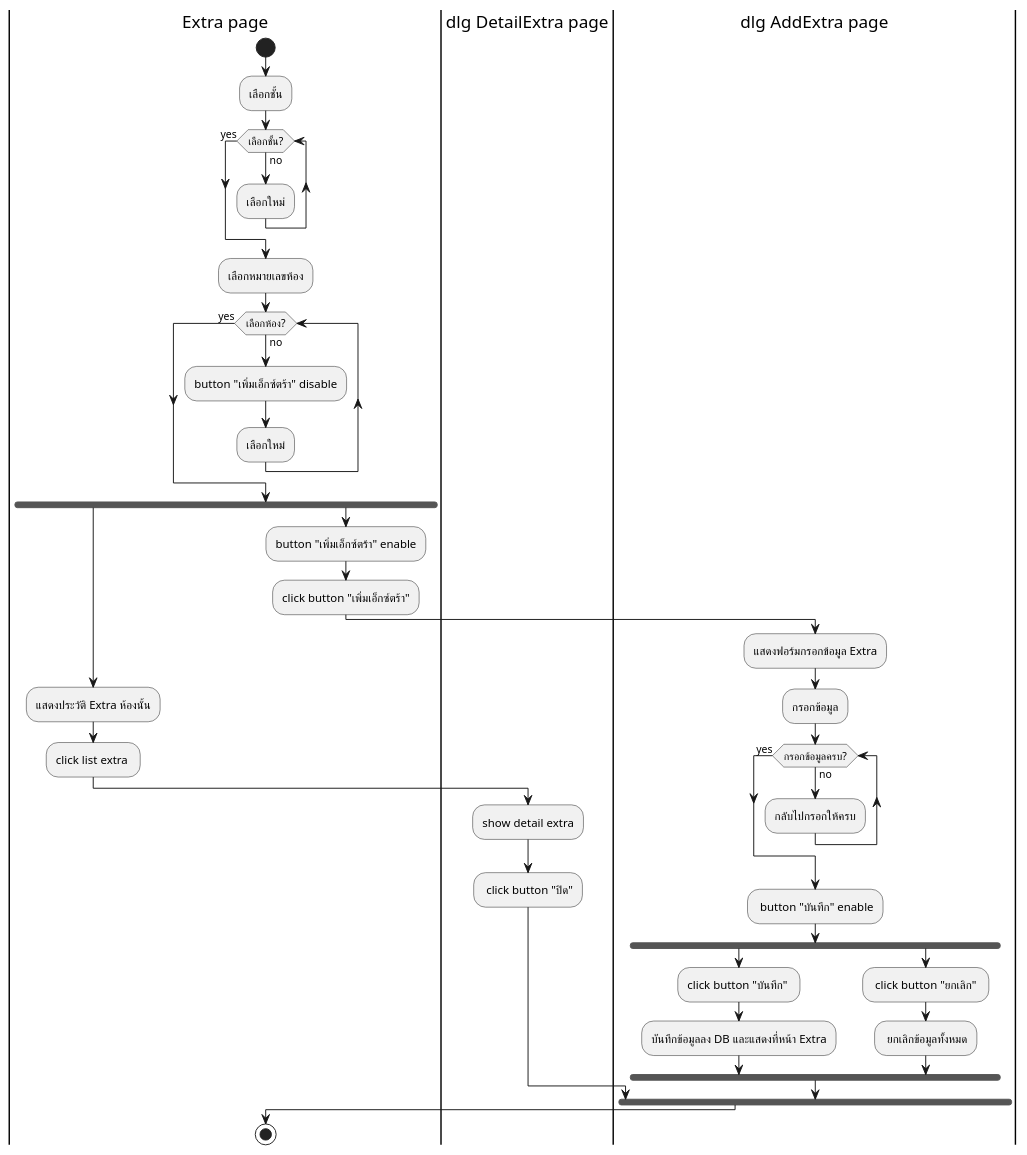
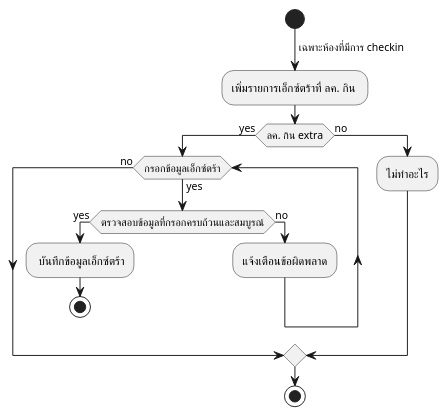
The diagram in diagram/Extra/Extra.md (cheat13/Prompiman_Diagram), drawn with PlantUML before and after one commit. The commit also changed 3 other files, not shown here.

```diff
--- a/diagram/Extra/Extra.md
+++ b/diagram/Extra/Extra.md
@@ -1,46 +1,21 @@
 @startuml
+start
+ -> เฉพาะห้องที่มีการ checkin;
+  :เพิ่มรายการเอ็กซ์ตร้าที่ ลค. กิน ;
+  if(ลค. กิน extra) then (yes)
+while(กรอกข้อมูลเอ็กซ์ตร้า) is (yes)
+  if (ตรวจสอบข้อมูลที่กรอกครบถ้วนและสมบูรณ์) then (yes)
+    : บันทึกข้อมูลเอ็กซ์ตร้า;
+stop
+  else(no)
+  :แจ้งเตือนข้อผิดพลาด;
+    endif;
+endwhile(no)
 
-|Extra page|
-start
-  :เลือกชั้น;
-while (เลือกชั้น?) is (no)
-  :เลือกใหม่;
-endwhile (yes)
-  :เลือกหมายเลขห้อง;
+else (no)
+  :ไม่ทำอะไร;
 
-  while (เลือกห้อง?) is (no)
-  :button "เพิ่มเอ็กซ์ตร้า" disable;
-  :เลือกใหม่;
-endwhile (yes)
-fork
-  |Extra page|
-  :แสดงประวัติ Extra ห้องนั้น;
-  :click list extra ;
-  |dlg DetailExtra page|
-  :show detail extra;
-  : click button "ปิด";
-
-  |Extra page|
-  fork again
-  :button "เพิ่มเอ็กซ์ตร้า" enable;
-  :click button "เพิ่มเอ็กซ์ตร้า";
-  |dlg AddExtra page|
-  :แสดงฟอร์มกรอกข้อมูล Extra;
-  :กรอกข้อมูล;
-while (กรอกข้อมูลครบ?) is (no)
-  :กลับไปกรอกให้ครบ;
-endwhile (yes)
-  : button "บันทึก" enable;
-fork
-  :click button "บันทึก" ;
-  :บันทึกข้อมูลลง DB และแสดงที่หน้า Extra;
-fork again
-  : click button "ยกเลิก" ;
-  : ยกเลิกข้อมูลทั้งหมด;
- end fork
- end fork
-
-  |Extra page|
-stop
+endif
+stop;
 
 @enduml
```
